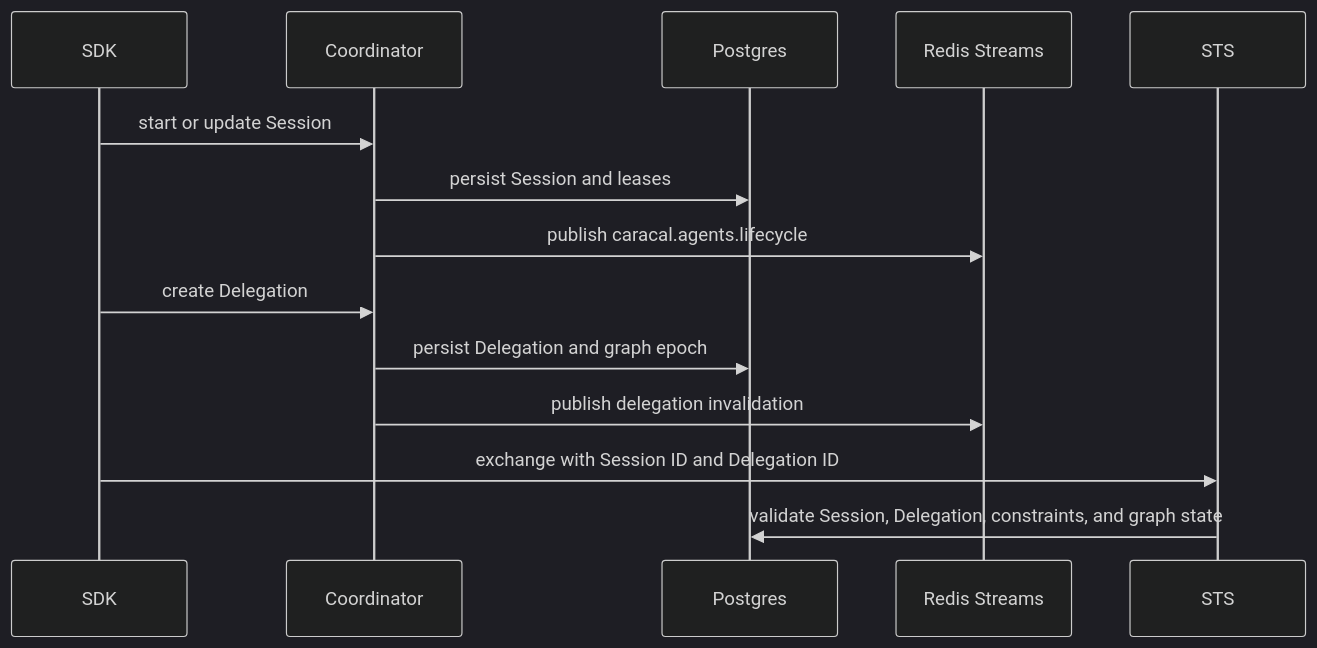
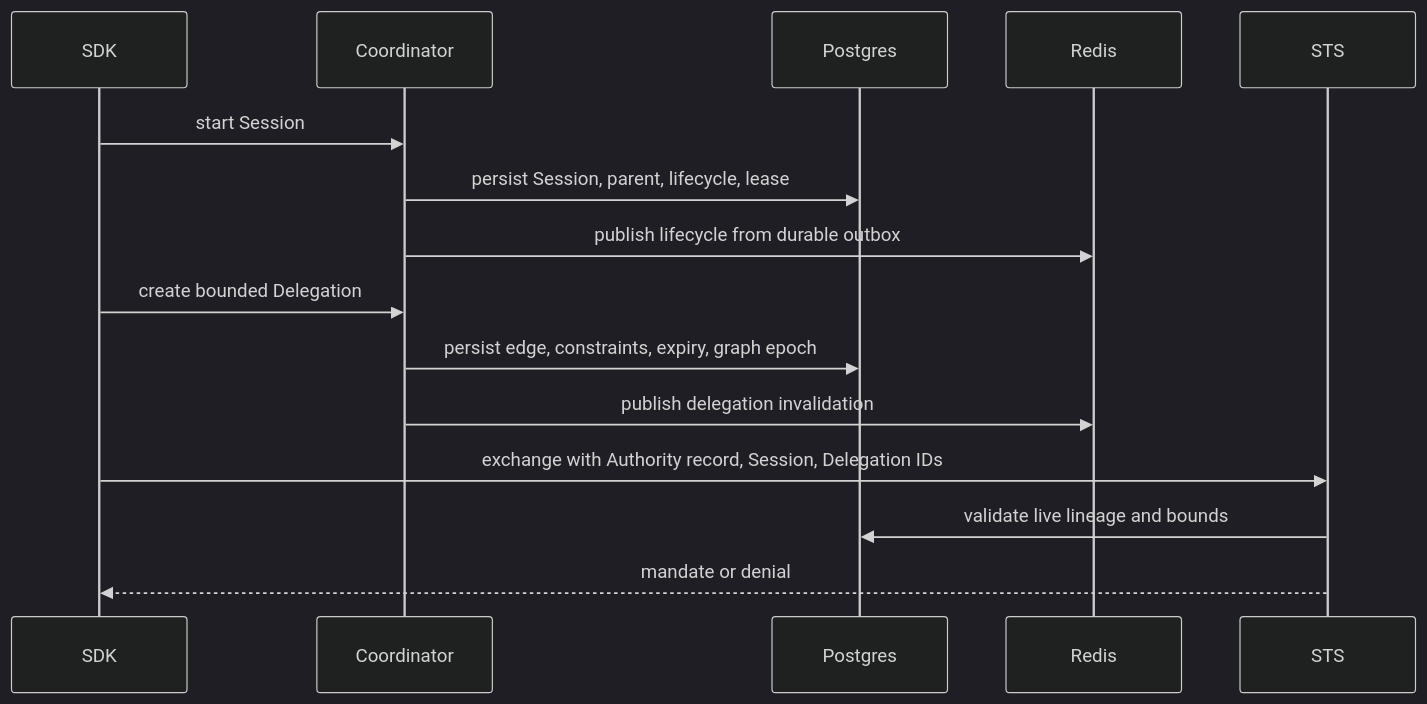
Before and after one commit to Garudex-Labs/caracal: the diagram in docs/src/content/docs/architecture/delegation-flow.mdx, drawn with Mermaid (dark theme). The commit also changed other lines of this file and 4 other files, not shown here.

````diff
--- a/docs/src/content/docs/architecture/delegation-flow.mdx
+++ b/docs/src/content/docs/architecture/delegation-flow.mdx
@@ -11,16 +11,17 @@
 ```mermaid
 sequenceDiagram
-  participant SDK as SDK
+  participant SDK
   participant Coord as Coordinator
   participant PG as Postgres
-  participant Redis as Redis Streams
+  participant Redis
   participant STS
-  SDK->>Coord: start or update Session
-  Coord->>PG: persist Session and leases
-  Coord->>Redis: publish caracal.agents.lifecycle
-  SDK->>Coord: create Delegation
-  Coord->>PG: persist Delegation and graph epoch
+  SDK->>Coord: start Session
+  Coord->>PG: persist Session, parent, lifecycle, lease
+  Coord->>Redis: publish lifecycle from durable outbox
+  SDK->>Coord: create bounded Delegation
+  Coord->>PG: persist edge, constraints, expiry, graph epoch
   Coord->>Redis: publish delegation invalidation
-  SDK->>STS: exchange with Session ID and Delegation ID
-  STS->>PG: validate Session, Delegation, constraints, and graph state
+  SDK->>STS: exchange with Authority record, Session, Delegation IDs
+  STS->>PG: validate live lineage and bounds
+  STS-->>SDK: mandate or denial
 ```
````
